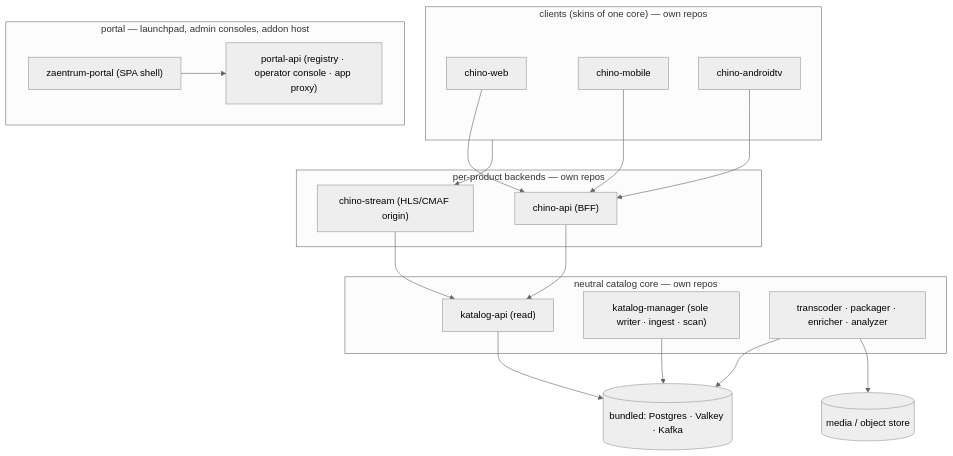
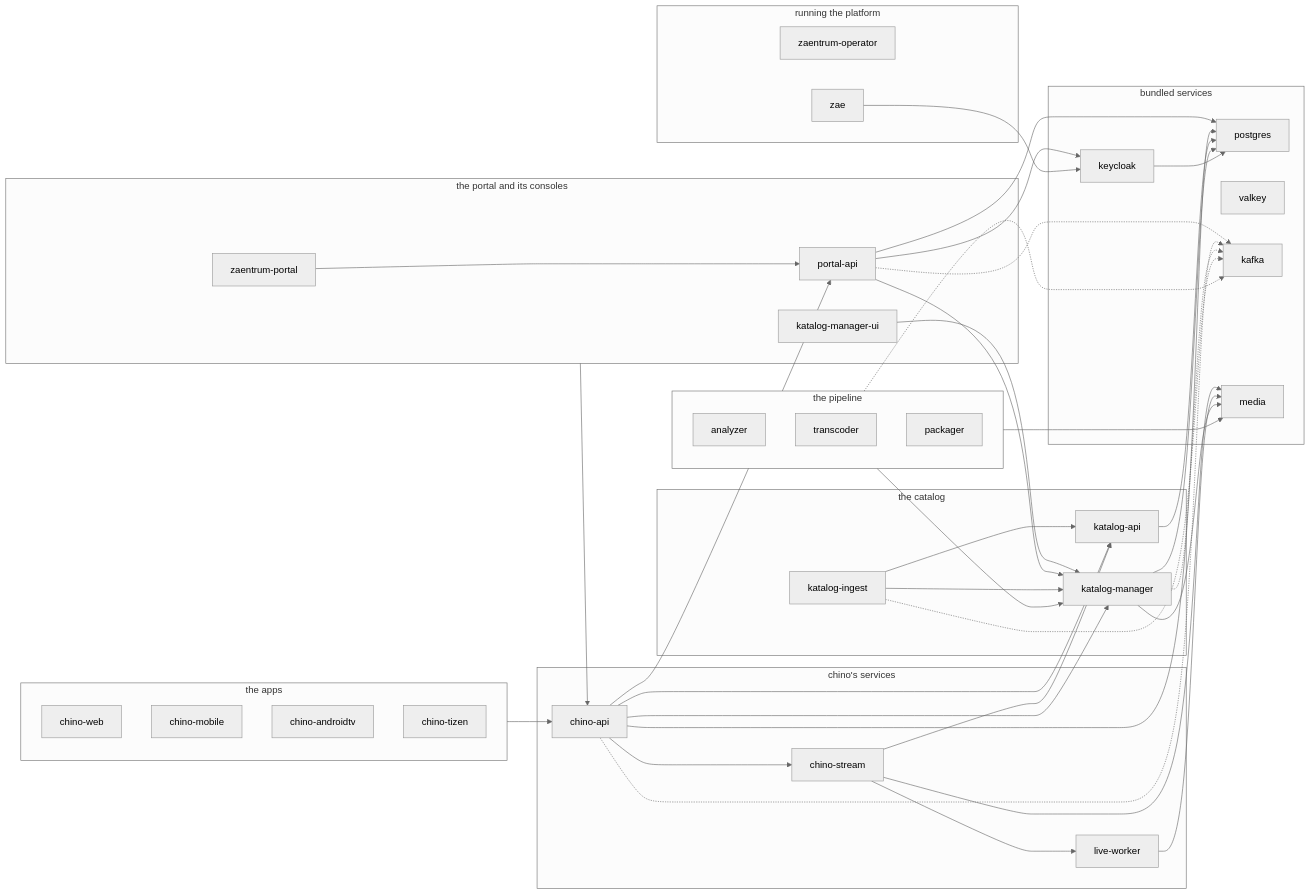
One commit to zaentrum/zaentrum changed the diagram in docs/architecture.md. Above: the diagram before and after it, drawn with Mermaid (neutral theme). The commit also changed other lines of this file and 20 other files, not shown here.

First line of the commit message:
spec: architecture, the specification's second layer - every component, what the operator's chart runs it as, how it reaches the others and the decisions behind it, checked against the chart and the code

````diff
--- a/docs/architecture.md
+++ b/docs/architecture.md
@@ -11,29 +18,54 @@
 ```mermaid
-flowchart TD
-  subgraph clients["clients (skins of one core) — own repos"]
-    web["chino-web"]; mob["chino-mobile"]; tv["chino-androidtv"]
+flowchart LR
+  subgraph apps["the apps"]
+    chino_web["chino-web"]; chino_mobile["chino-mobile"]; chino_androidtv["chino-androidtv"]; chino_tizen["chino-tizen"]
   end
-  subgraph shell["portal — launchpad, admin consoles, addon host"]
-    portal["zaentrum-portal (SPA shell)"]
-    papi["portal-api (registry · operator console · app proxy)"]
+  subgraph portal["the portal and its consoles"]
+    zaentrum_portal["zaentrum-portal"]; portal_api["portal-api"]; katalog_manager_ui["katalog-manager-ui"]
   end
-  subgraph product["per-product backends — own repos"]
-    api["chino-api (BFF)"]; stream["chino-stream (HLS/CMAF origin)"]
+  subgraph chino["chino's services"]
+    chino_api["chino-api"]; chino_stream["chino-stream"]; live_worker["live-worker"]
   end
-  subgraph core["neutral catalog core — own repos"]
-    kapi["katalog-api (read)"]
-    kmgr["katalog-manager (sole writer · ingest · scan)"]
-    proc["transcoder · packager · enricher · analyzer"]
+  subgraph catalog["the catalog"]
+    katalog_api["katalog-api"]; katalog_manager["katalog-manager"]; katalog_ingest["katalog-ingest"]
   end
-  bundled[("bundled: Postgres · Valkey · Kafka")]
-  store[("media / object store")]
-  web & mob & tv --> api
-  clients --> stream
-  portal --> papi
-  api --> kapi
-  stream --> kapi
-  kmgr --> bundled
-  proc --> bundled
-  proc --> store
-  kapi --> bundled
+  subgraph pipeline["the pipeline"]
+    analyzer["analyzer"]; transcoder["transcoder"]; packager["packager"]
+  end
+  subgraph bundled["bundled services"]
+    postgres["postgres"]; valkey["valkey"]; kafka["kafka"]; keycloak["keycloak"]; media["media"]
+  end
+  subgraph runtime["running the platform"]
+    zaentrum_operator["zaentrum-operator"]; zae["zae"]
+  end
+  apps --> chino_api
+  portal --> chino_api
+  pipeline -.-> kafka
+  pipeline --> katalog_manager
+  pipeline --> media
+  zaentrum_portal --> portal_api
+  katalog_manager_ui --> katalog_manager
+  portal_api --> postgres
+  portal_api --> keycloak
+  portal_api -.-> kafka
+  portal_api --> katalog_manager
+  chino_api --> katalog_api
+  chino_api --> katalog_manager
+  chino_api --> chino_stream
+  chino_api --> portal_api
+  chino_api --> postgres
+  chino_api -.-> kafka
+  chino_stream --> katalog_api
+  chino_stream --> live_worker
+  chino_stream --> media
+  live_worker --> media
+  katalog_api --> postgres
+  katalog_manager --> postgres
+  katalog_manager --> media
+  katalog_manager -.-> kafka
+  katalog_ingest --> katalog_api
+  katalog_ingest --> katalog_manager
+  katalog_ingest -.-> kafka
+  keycloak --> postgres
+  zae --> keycloak
 ```
````
